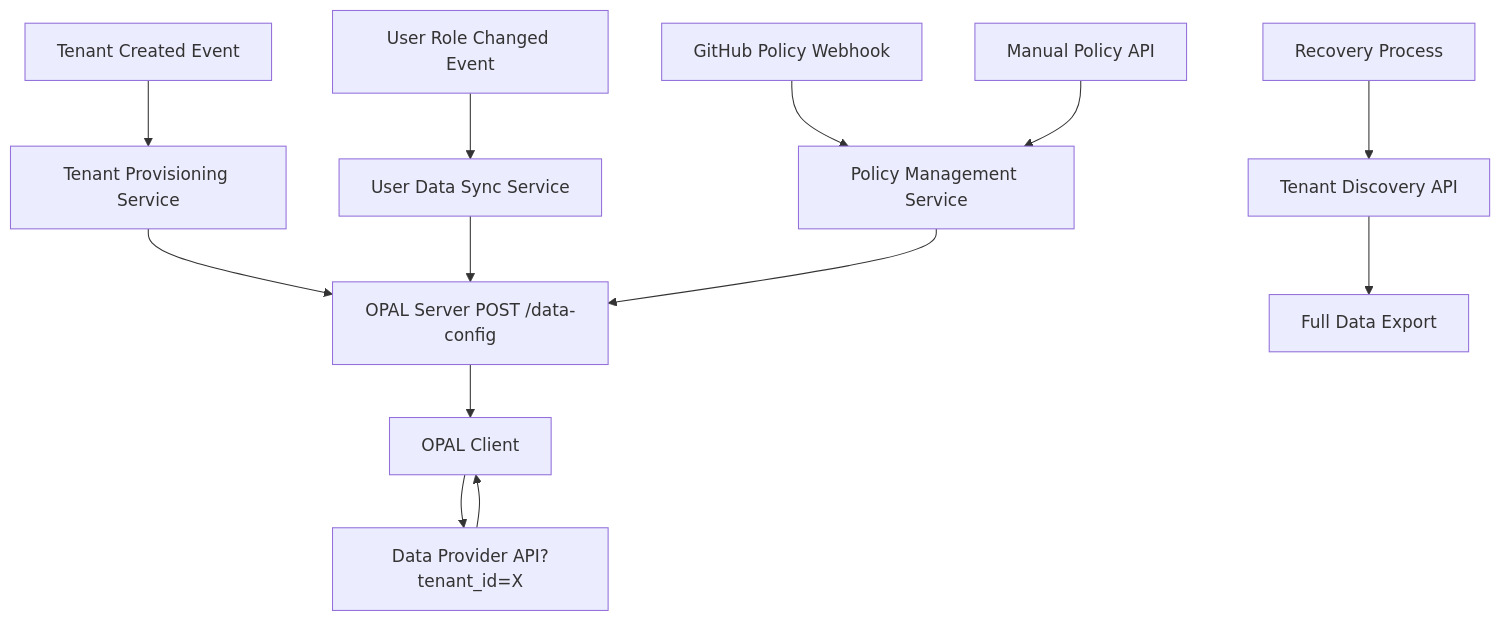
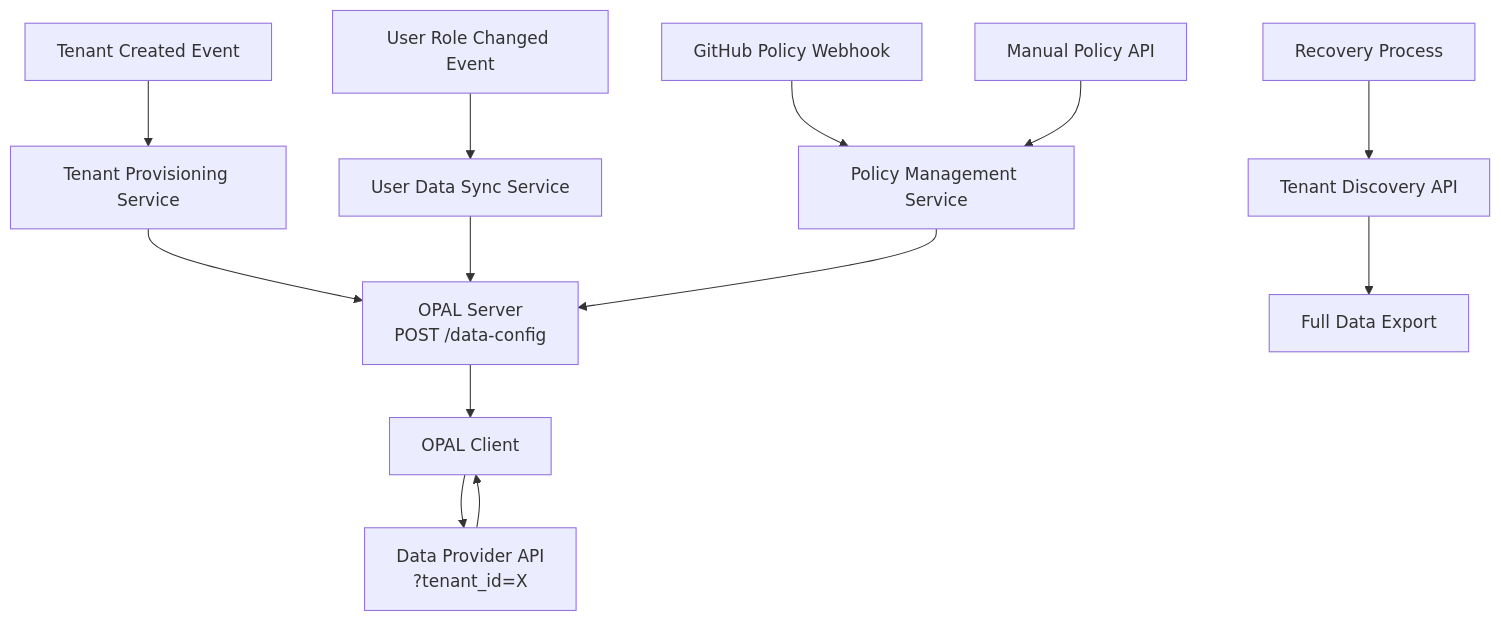
Before and after one commit to plduser/opa-zero-poll: the diagram in README.md, drawn with Mermaid. The commit also changed other lines of this file, not shown here.

Commit message:
docs: Fix Mermaid syntax and improve diagram readability - Add line breaks in diagram labels for better formatting - Fix Mermaid syntax with proper quotes around labels - Clarify tenant isolation description (data sources vs policies) - Improve readability of OPAL Server and Data Provider API labels

````diff
--- a/README.md
+++ b/README.md
@@ -59,15 +59,15 @@
 ```mermaid
 graph TD
-    A[Tenant Created Event] --> B[Tenant Provisioning Service]
-    B --> E[OPAL Server - Register Data Source]
-    C[User Role Changed Event] --> D[User Data Sync Service]
-    D --> E[OPAL Server POST /data-config]
-    E --> F[OPAL Client]
-    F --> G[Data Provider API?tenant_id=X]
+    A["Tenant Created Event"] --> B["Tenant Provisioning Service"]
+    B --> E["OPAL Server<br/>Register Data Source"]
+    C["User Role Changed Event"] --> D["User Data Sync Service"]
+    D --> E["OPAL Server<br/>POST /data-config"]
+    E --> F["OPAL Client"]
+    F --> G["Data Provider API<br/>?tenant_id=X"]
     G --> F
-    H[GitHub Policy Webhook] --> I[Policy Management Service]
+    H["GitHub Policy Webhook"] --> I["Policy Management Service"]
     I --> E
-    J[Recovery Process] --> K[Tenant Discovery API]
-    K --> L[Full Data Export]
-    M[Manual Policy API] --> I
+    J["Recovery Process"] --> K["Tenant Discovery API"]
+    K --> L["Full Data Export"]
+    M["Manual Policy API"] --> I
 ```
````
